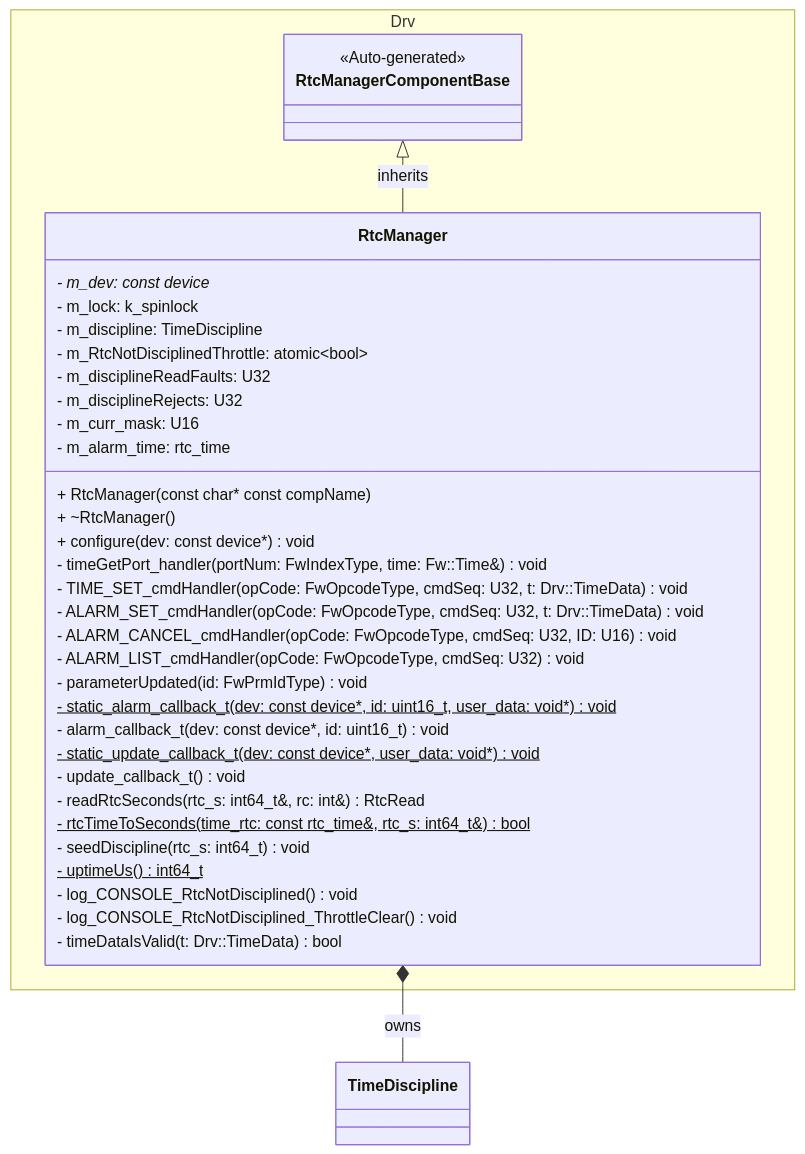
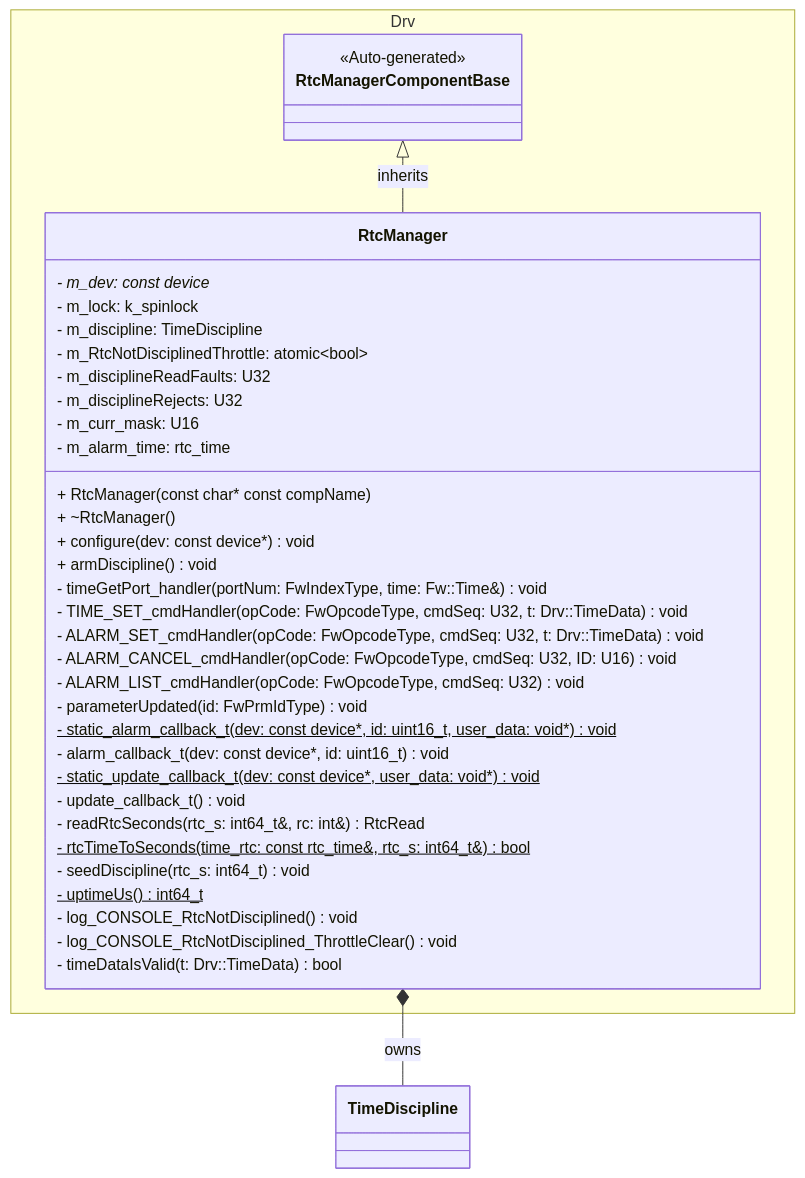
One commit to Open-Source-Space-Foundation/proves-core-reference changed the first of 19 diagrams in PROVESFlightControllerReference/Components/Drv/RtcManager/docs/sdd.md. Above: the diagram before and after it, drawn with Mermaid. The commit also changed other lines of this file and 3 other files, not shown here.

````diff
--- a/PROVESFlightControllerReference/Components/Drv/RtcManager/docs/sdd.md
+++ b/PROVESFlightControllerReference/Components/Drv/RtcManager/docs/sdd.md
@@ -226,45 +226,46 @@
 ```mermaid
 classDiagram
     namespace Drv {
         class RtcManagerComponentBase {
             <<Auto-generated>>
         }
         class RtcManager {
             - m_dev: const device*
             - m_lock: k_spinlock
             - m_discipline: TimeDiscipline
             - m_RtcNotDisciplinedThrottle: atomic~bool~
             - m_disciplineReadFaults: U32
             - m_disciplineRejects: U32
             - m_curr_mask: U16
             - m_alarm_time: rtc_time
 
             + RtcManager(const char* const compName)
             + ~RtcManager()
             + configure(dev: const device*) void
+            + armDiscipline() void
 
             - timeGetPort_handler(portNum: FwIndexType, time: Fw::Time&) void
 
             - TIME_SET_cmdHandler(opCode: FwOpcodeType, cmdSeq: U32, t: Drv::TimeData) void
             - ALARM_SET_cmdHandler(opCode: FwOpcodeType, cmdSeq: U32, t: Drv::TimeData) void
             - ALARM_CANCEL_cmdHandler(opCode: FwOpcodeType, cmdSeq: U32, ID: U16) void
             - ALARM_LIST_cmdHandler(opCode: FwOpcodeType, cmdSeq: U32) void
 
             - parameterUpdated(id: FwPrmIdType) void
 
             - static_alarm_callback_t(dev: const device*, id: uint16_t, user_data: void*) void$
             - alarm_callback_t(dev: const device*, id: uint16_t) void
             - static_update_callback_t(dev: const device*, user_data: void*) void$
             - update_callback_t() void
             - readRtcSeconds(rtc_s: int64_t&, rc: int&) RtcRead
             - rtcTimeToSeconds(time_rtc: const rtc_time&, rtc_s: int64_t&) bool$
             - seedDiscipline(rtc_s: int64_t) void
             - uptimeUs() int64_t$
             - log_CONSOLE_RtcNotDisciplined() void
             - log_CONSOLE_RtcNotDisciplined_ThrottleClear() void
             - timeDataIsValid(t: Drv::TimeData) bool
         }
     }
     RtcManagerComponentBase <|-- RtcManager : inherits
     RtcManager *-- TimeDiscipline : owns
 ```
````
